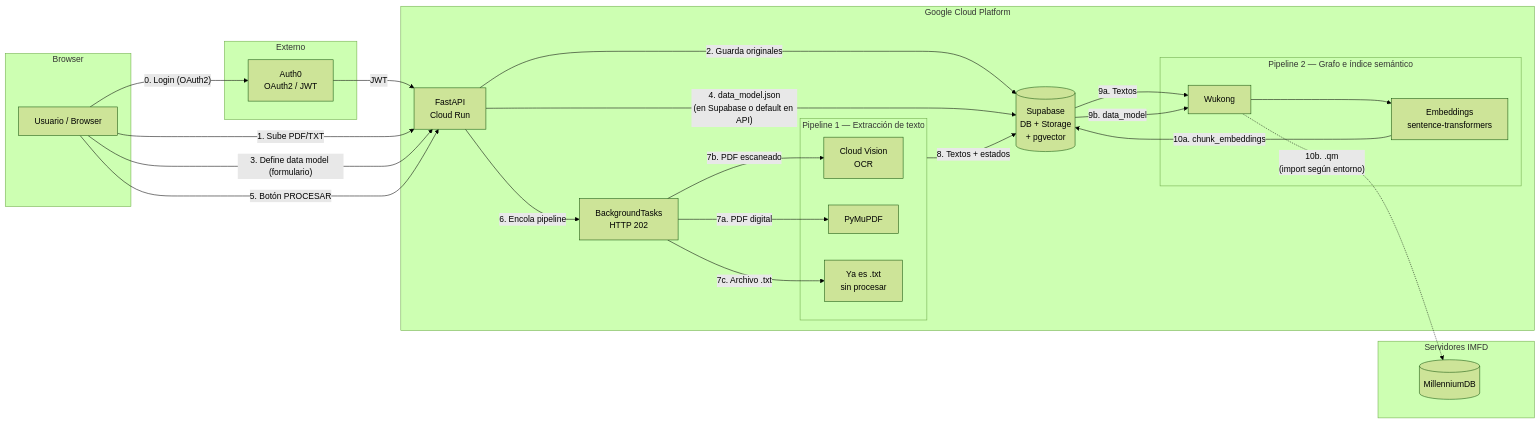
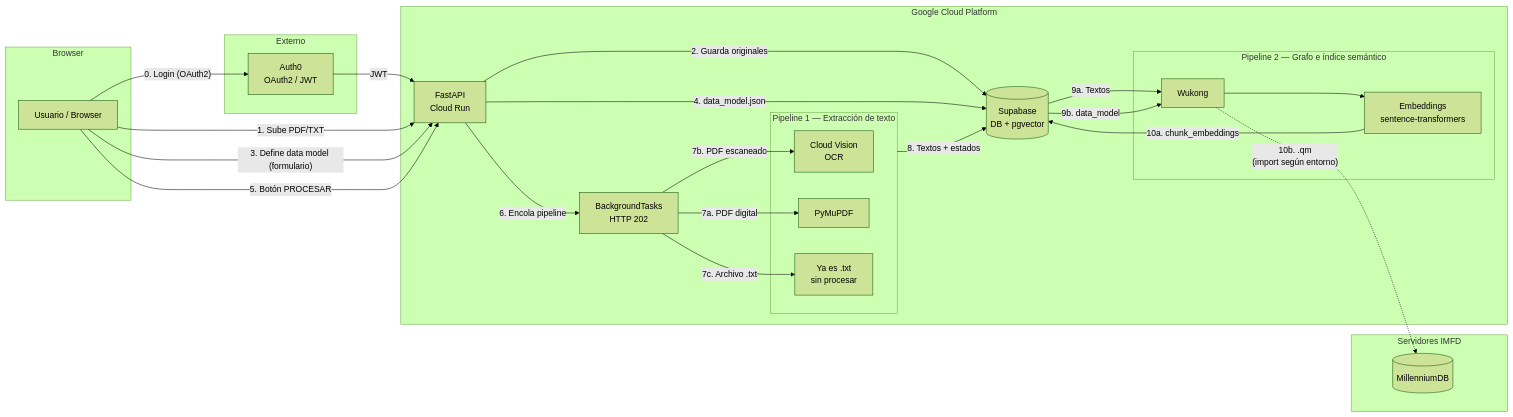
The first of 2 diagrams in README.md (renaa-m/TallerDeIntegracion_G10), drawn with Mermaid (forest theme) before and after one commit. The commit also changed other lines of this file, not shown here.

Commit message:
docs(README): ajuste menor

````diff
--- a/README.md
+++ b/README.md
@@ -182,49 +182,49 @@
 ```mermaid
 graph LR
     subgraph Browser
         U[Usuario / Browser]
     end
 
     subgraph Auth0_ext ["Externo"]
         AUTH0[Auth0\nOAuth2 / JWT]
     end
 
     subgraph GCP ["Google Cloud Platform"]
         API[FastAPI\nCloud Run]
-        SUPA[(Supabase\nDB + Storage\n+ pgvector)]
+        SUPA[(Supabase\nDB + pgvector)]
         BT[BackgroundTasks\nHTTP 202]
 
         subgraph Pipeline_1 ["Pipeline 1 — Extracción de texto"]
             VISION[Cloud Vision\nOCR]
             PYMUPDF[PyMuPDF]
             TXT_PASS[Ya es .txt\nsin procesar]
         end
 
         subgraph Pipeline_2 ["Pipeline 2 — Grafo e índice semántico"]
             WK[Wukong]
             EMB[Embeddings\nsentence-transformers]
         end
     end
 
     subgraph IMFD_servers ["Servidores IMFD"]
         MDB[(MillenniumDB)]
     end
 
     U -->|"0. Login (OAuth2)"| AUTH0
     AUTH0 -->|"JWT"| API
     U -->|"1. Sube PDF/TXT"| API
     API -->|"2. Guarda originales"| SUPA
     U -->|"3. Define data model (formulario)"| API
-    API -->|"4. data_model.json\n(en Supabase o default en API)"| SUPA
+    API -->|"4. data_model.json\n"| SUPA
     U -->|"5. Botón PROCESAR"| API
     API -->|"6. Encola pipeline"| BT
     BT -->|"7a. PDF digital"| PYMUPDF
     BT -->|"7b. PDF escaneado"| VISION
     BT -->|"7c. Archivo .txt"| TXT_PASS
     Pipeline_1 -->|"8. Textos + estados"| SUPA
     SUPA -->|"9a. Textos"| WK
     SUPA -->|"9b. data_model"| WK
     WK --> EMB
     EMB -->|"10a. chunk_embeddings"| SUPA
     WK -.->|"10b. .qm\n(import según entorno)"| MDB
 ```
````
